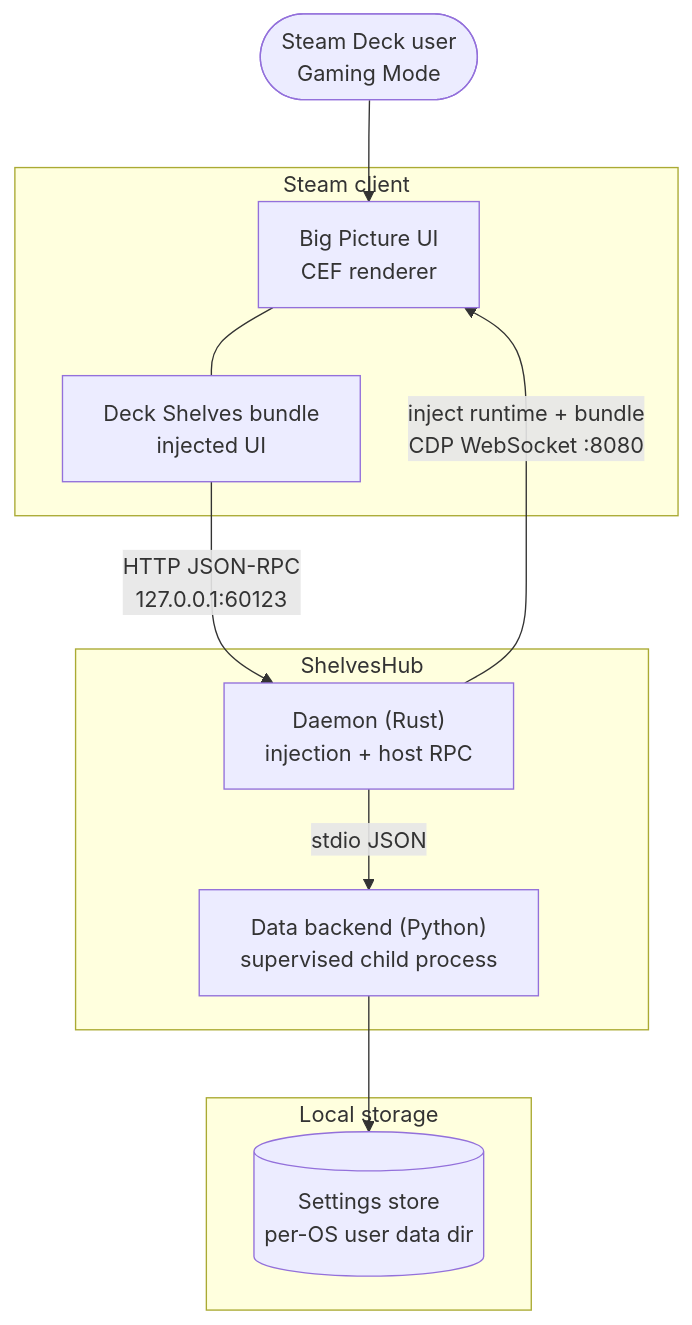
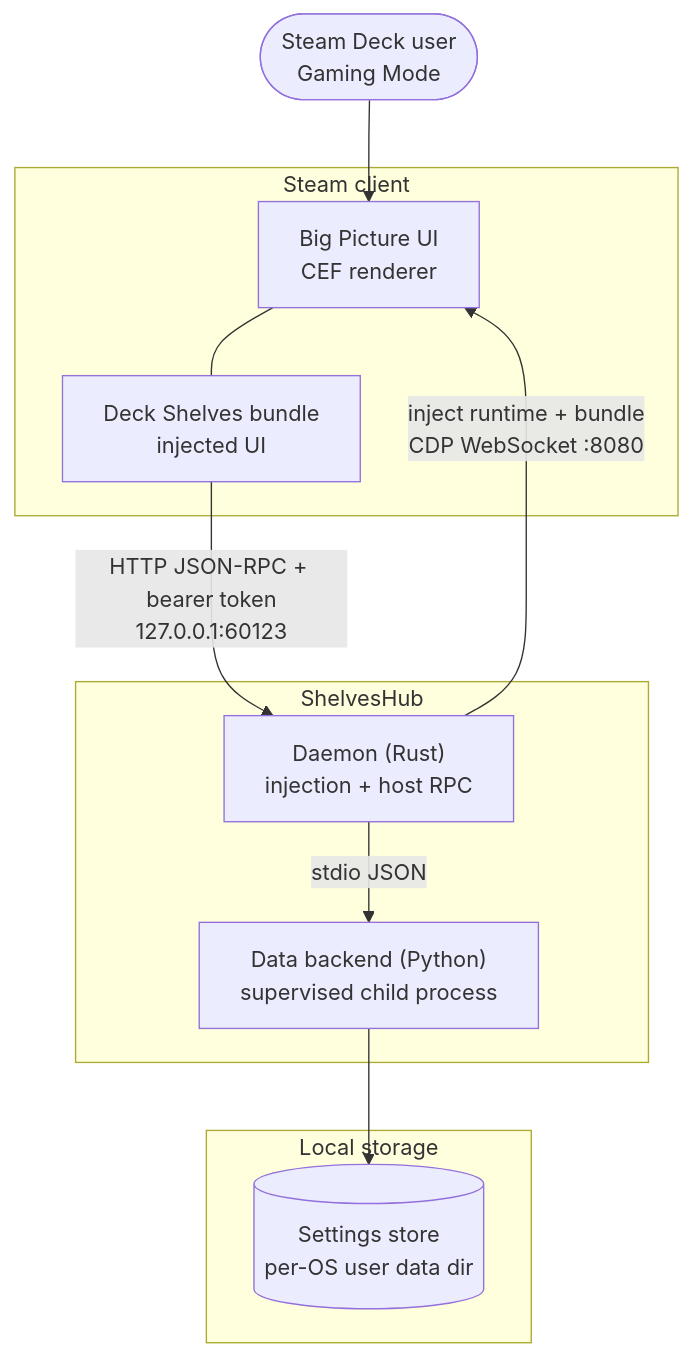
One commit to santojon/ShelvesHub changed the first of 3 diagrams in docs/architecture.md. Above: the diagram before and after it, drawn with Mermaid. The commit also changed other lines of this file and 118 other files, not shown here.

````diff
--- a/docs/architecture.md
+++ b/docs/architecture.md
@@ -16,25 +16,25 @@
 ```mermaid
 flowchart TB
     user(["Steam Deck user<br/>Gaming Mode"])
 
     subgraph steamproc["Steam client"]
         steam["Big Picture UI<br/>CEF renderer"]
         bundle["Deck Shelves bundle<br/>injected UI"]
     end
 
     subgraph shelveshub["ShelvesHub"]
         daemon["Daemon (Rust)<br/>injection + host RPC"]
         backend["Data backend (Python)<br/>supervised child process"]
     end
 
     subgraph disk["Local storage"]
         settings[("Settings store<br/>per-OS user data dir")]
     end
 
     user --> steam
     steam --- bundle
     daemon -->|"inject runtime + bundle<br/>CDP WebSocket :8080"| steam
-    bundle -->|"HTTP JSON-RPC<br/>127.0.0.1:60123"| daemon
+    bundle -->|"HTTP JSON-RPC + bearer token<br/>127.0.0.1:60123"| daemon
     daemon -->|"stdio JSON"| backend
     backend --> settings
 ```
````
